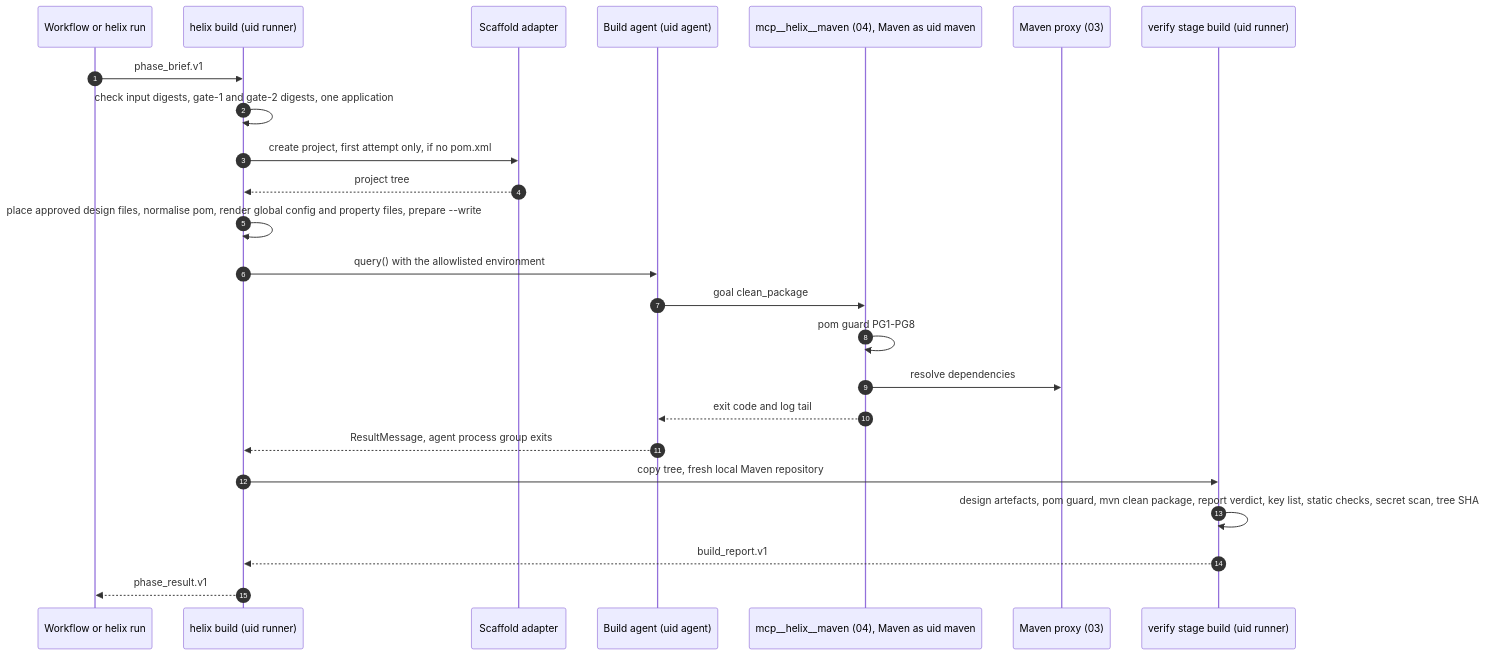
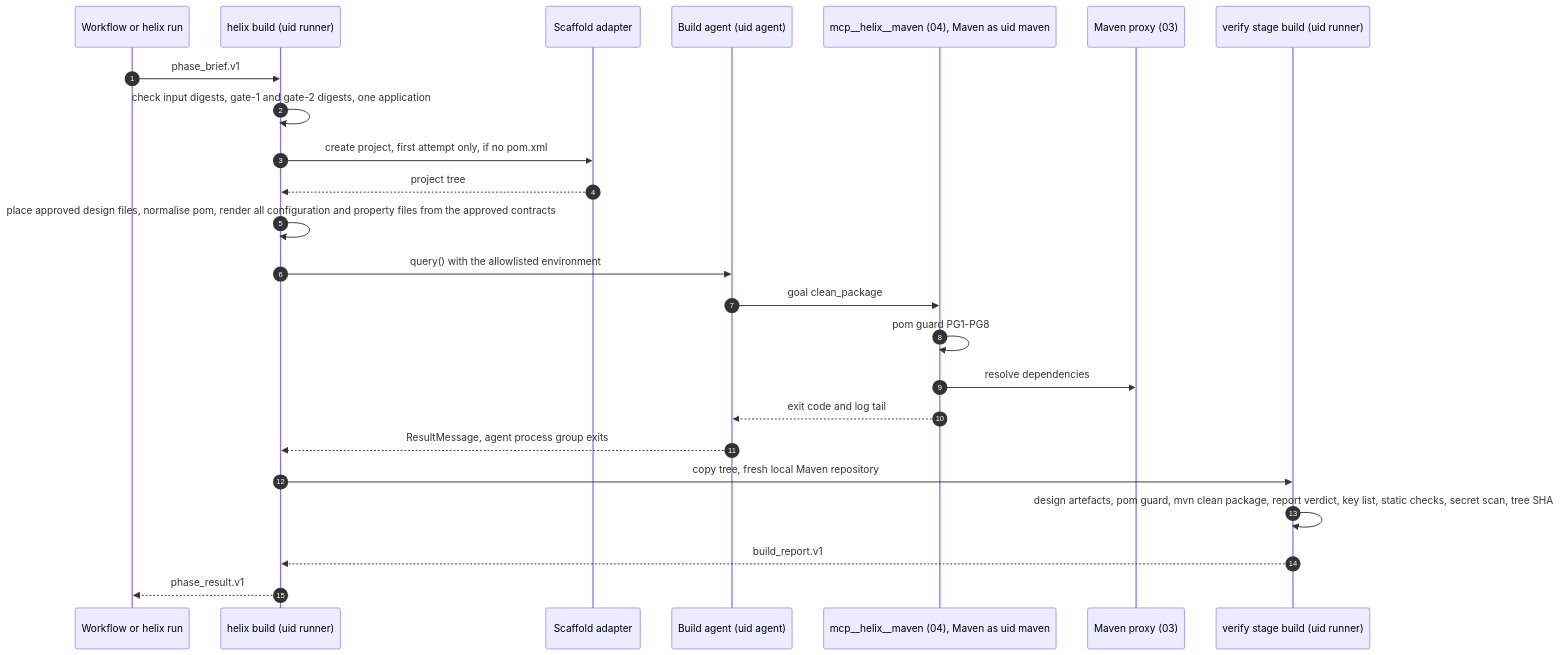
Before and after one commit to developerhegde/helix: the first of 5 diagrams in docs/lld/07-b2-build-test-pr.md, drawn with Mermaid. The commit also changed other lines of this file and 37 other files, not shown here.

````diff
--- a/docs/lld/07-b2-build-test-pr.md
+++ b/docs/lld/07-b2-build-test-pr.md
@@ -74,26 +74,26 @@
 ```mermaid
 sequenceDiagram
   autonumber
   participant WF as Workflow or helix run
   participant B as helix build (uid runner)
   participant S as Scaffold adapter
   participant A as Build agent (uid agent)
   participant M as mcp__helix__maven (04), Maven as uid maven
   participant P as Maven proxy (03)
   participant V as verify stage build (uid runner)
   WF->>B: phase_brief.v1
   B->>B: check input digests, gate-1 and gate-2 digests, one application
   B->>S: create project, first attempt only, if no pom.xml
   S-->>B: project tree
-  B->>B: place approved design files, normalise pom, render global config and property files, prepare --write
+  B->>B: place approved design files, normalise pom, render all configuration and property files from the approved contracts
   B->>A: query() with the allowlisted environment
   A->>M: goal clean_package
   M->>M: pom guard PG1-PG8
   M->>P: resolve dependencies
   M-->>A: exit code and log tail
   A-->>B: ResultMessage, agent process group exits
   B->>V: copy tree, fresh local Maven repository
   V->>V: design artefacts, pom guard, mvn clean package, report verdict, key list, static checks, secret scan, tree SHA
   V-->>B: build_report.v1
   B-->>WF: phase_result.v1
 ```
````
